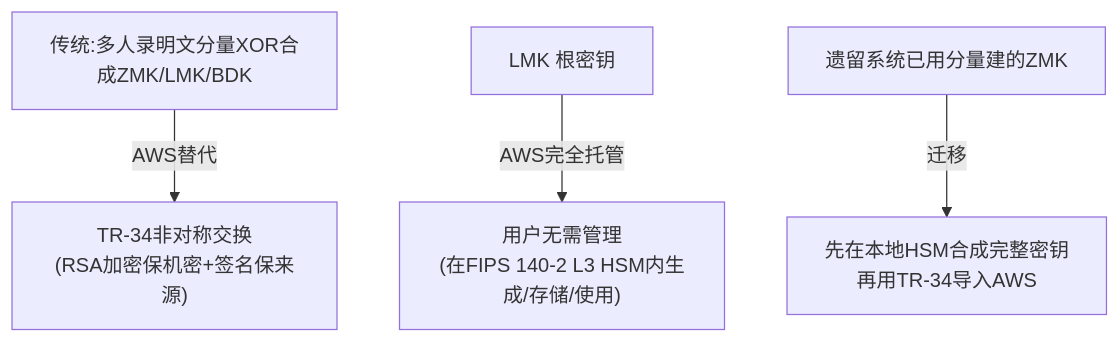
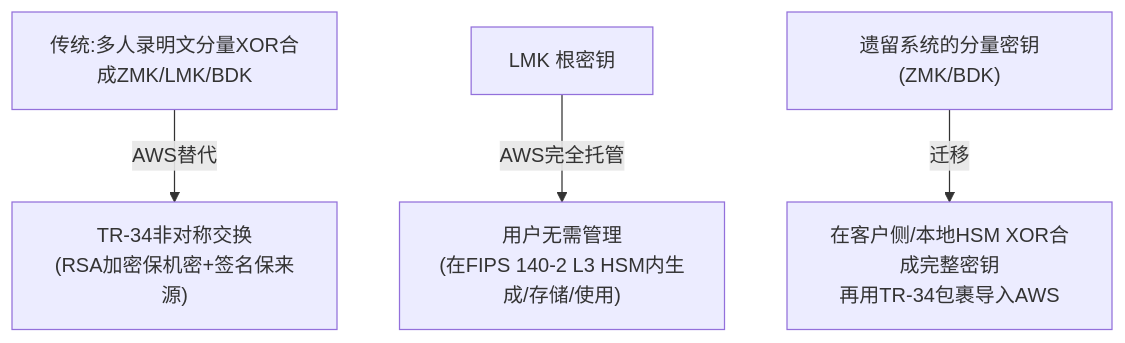
The ninth of 16 diagrams in payment/traditional-payment/01c-hsm-payment-cryptography.md (loong-ju/tech-research), drawn with Mermaid before and after one commit. The commit also changed other lines of this file, not shown here.

````diff
--- a/payment/traditional-payment/01c-hsm-payment-cryptography.md
+++ b/payment/traditional-payment/01c-hsm-payment-cryptography.md
@@ -213,6 +225,6 @@
 ```mermaid
 flowchart TB
     A["传统:多人录明文分量XOR合成ZMK/LMK/BDK"] -->|AWS替代| B["TR-34非对称交换<br/>(RSA加密保机密+签名保来源)"]
     C["LMK 根密钥"] -->|AWS完全托管| D["用户无需管理<br/>(在FIPS 140-2 L3 HSM内生成/存储/使用)"]
-    E["遗留系统已用分量建的ZMK"] -->|迁移| F["先在本地HSM合成完整密钥<br/>再用TR-34导入AWS"]
+    E["遗留系统的分量密钥(ZMK/BDK)"] -->|迁移| F["在客户侧/本地HSM XOR合成完整密钥<br/>再用TR-34包裹导入AWS"]
 ```
````
